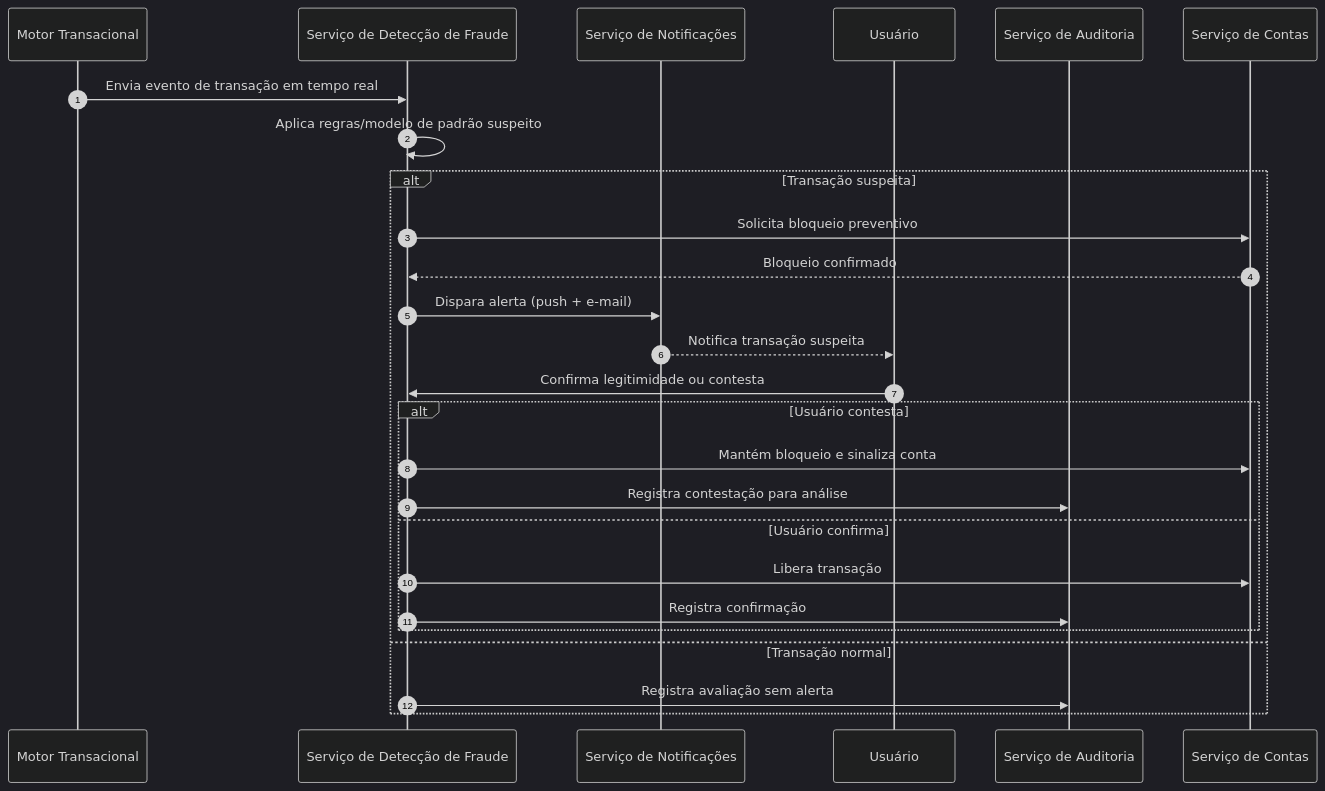
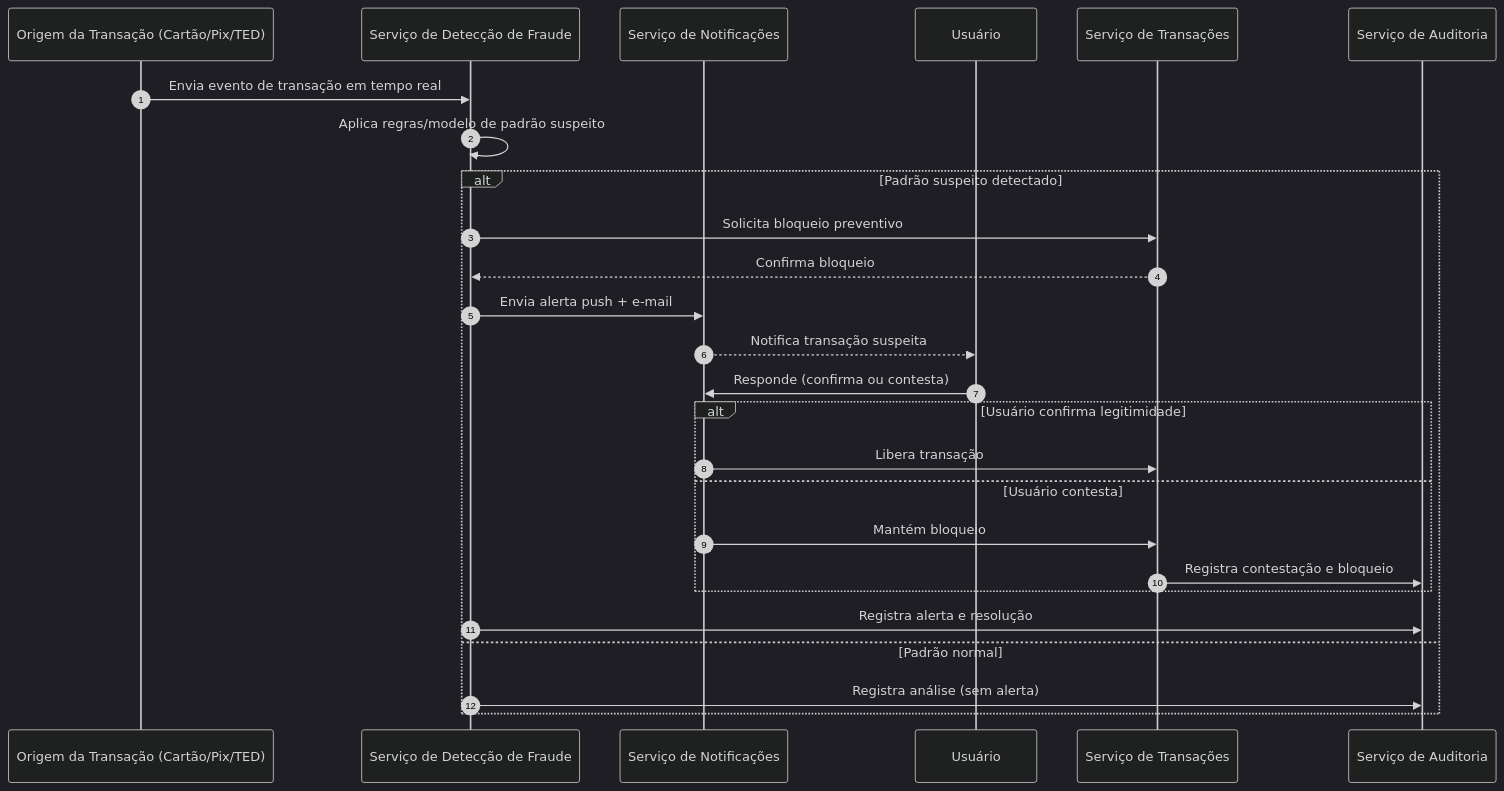
The third of 4 diagrams in docs/Time_2_Design/analise-qualitativa/outputs/relatorio_claude_sonnet_5_G01.md (PDC-ESIA/AI4ES), drawn with Mermaid (dark theme) before and after one commit. The commit also changed other lines of this file and 107 other files, not shown here.

````diff
--- a/docs/Time_2_Design/analise-qualitativa/outputs/relatorio_claude_sonnet_5_G01.md
+++ b/docs/Time_2_Design/analise-qualitativa/outputs/relatorio_claude_sonnet_5_G01.md
@@ -165,29 +140,29 @@
 ```mermaid
 sequenceDiagram
     autonumber
-    participant TX as Motor Transacional
-    participant FRAUDE as Serviço de Detecção de Fraude
-    participant NOTIF as Serviço de Notificações
+    participant TX as Origem da Transação (Cartão/Pix/TED)
+    participant FRD as Serviço de Detecção de Fraude
+    participant NOT as Serviço de Notificações
     participant U as Usuário
-    participant AUDIT as Serviço de Auditoria
-    participant CTA as Serviço de Contas
+    participant TRF as Serviço de Transações
+    participant AUD as Serviço de Auditoria
 
-    TX->>FRAUDE: Envia evento de transação em tempo real
-    FRAUDE->>FRAUDE: Aplica regras/modelo de padrão suspeito
-    alt Transação suspeita
-        FRAUDE->>CTA: Solicita bloqueio preventivo
-        CTA-->>FRAUDE: Bloqueio confirmado
-        FRAUDE->>NOTIF: Dispara alerta (push + e-mail)
-        NOTIF-->>U: Notifica transação suspeita
-        U->>FRAUDE: Confirma legitimidade ou contesta
-        alt Usuário contesta
-            FRAUDE->>CTA: Mantém bloqueio e sinaliza conta
-            FRAUDE->>AUDIT: Registra contestação para análise
-        else Usuário confirma
-            FRAUDE->>CTA: Libera transação
-            FRAUDE->>AUDIT: Registra confirmação
+    TX->>FRD: Envia evento de transação em tempo real
+    FRD->>FRD: Aplica regras/modelo de padrão suspeito
+    alt Padrão suspeito detectado
+        FRD->>TRF: Solicita bloqueio preventivo
+        TRF-->>FRD: Confirma bloqueio
+        FRD->>NOT: Envia alerta push + e-mail
+        NOT-->>U: Notifica transação suspeita
+        U->>NOT: Responde (confirma ou contesta)
+        alt Usuário confirma legitimidade
+            NOT->>TRF: Libera transação
+        else Usuário contesta
+            NOT->>TRF: Mantém bloqueio
+            TRF->>AUD: Registra contestação e bloqueio
         end
-    else Transação normal
-        FRAUDE->>AUDIT: Registra avaliação sem alerta
+        FRD->>AUD: Registra alerta e resolução
+    else Padrão normal
+        FRD->>AUD: Registra análise (sem alerta)
     end
 ```
````
